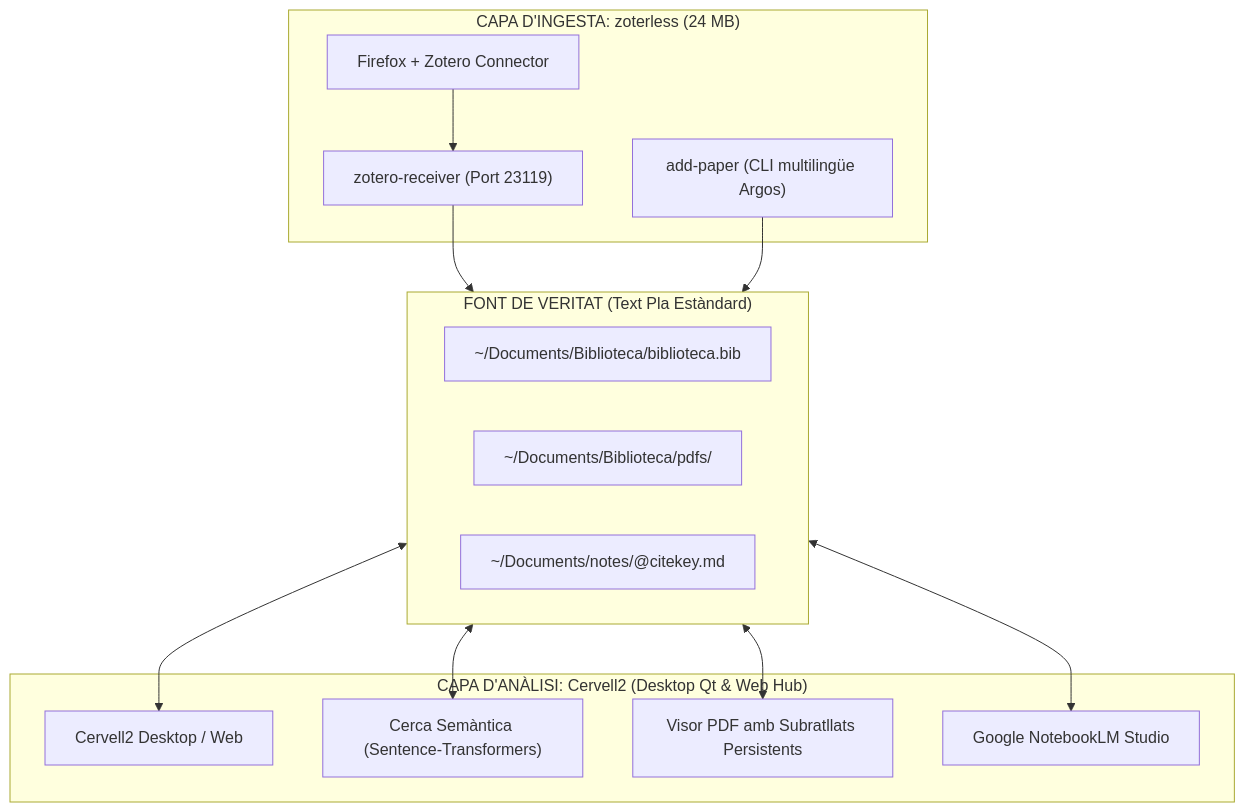
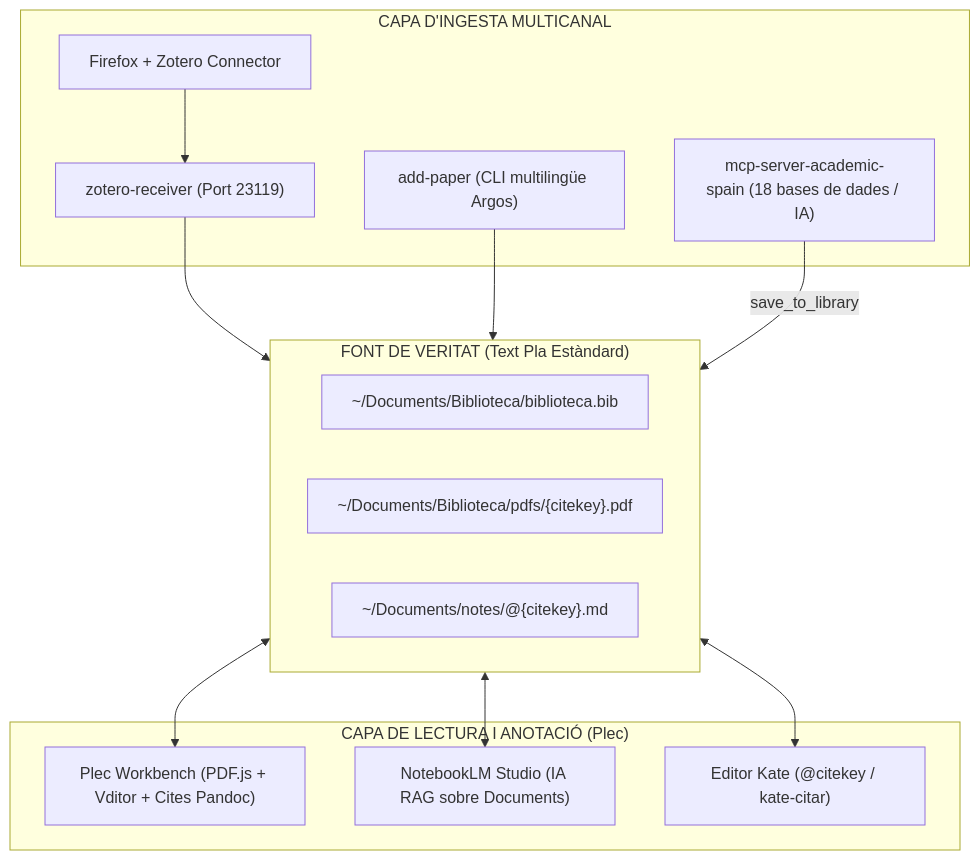
One commit to CasimirVictoria/zoterless changed the second of 2 diagrams in README.md. Above: the diagram before and after it, drawn with Mermaid. The commit also changed other lines of this file and 3 other files, not shown here.

````diff
--- a/README.md
+++ b/README.md
@@ -206,28 +229,28 @@
 ```mermaid
 flowchart TD
-    subgraph Ingesta ["CAPA D'INGESTA: zoterless (24 MB)"]
+    subgraph Ingesta ["CAPA D'INGESTA MULTICANAL"]
         Firefox["Firefox + Zotero Connector"] --> Receiver["zotero-receiver (Port 23119)"]
         CLI["add-paper (CLI multilingüe Argos)"]
+        MCP["mcp-server-academic-spain (18 bases de dades / IA)"]
     end
 
     subgraph Truth ["FONT DE VERITAT (Text Pla Estàndard)"]
         Bib["~/Documents/Biblioteca/biblioteca.bib"]
-        PDFs["~/Documents/Biblioteca/pdfs/"]
-        Notes["~/Documents/notes/@citekey.md"]
+        PDFs["~/Documents/Biblioteca/pdfs/{citekey}.pdf"]
+        Notes["~/Documents/notes/@{citekey}.md"]
     end
 
-    subgraph PKM ["CAPA D'ANÀLISI: Cervell2 (Desktop Qt & Web Hub)"]
-        GUI["Cervell2 Desktop / Web"]
-        Rerank["Cerca Semàntica (Sentence-Transformers)"]
-        Viewer["Visor PDF amb Subratllats Persistents"]
-        NLM["Google NotebookLM Studio"]
+    subgraph PKM ["CAPA DE LECTURA I ANOTACIÓ (Plec)"]
+        PlecWeb["Plec Workbench (PDF.js + Vditor + Cites Pandoc)"]
+        NotebookLM["NotebookLM Studio (IA RAG sobre Documents)"]
+        Kate["Editor Kate (@citekey / kate-citar)"]
     end
 
     Receiver --> Truth
     CLI --> Truth
+    MCP -->|save_to_library| Truth
 
-    Truth <--> GUI
-    Truth <--> Rerank
-    Truth <--> Viewer
-    Truth <--> NLM
+    Truth <--> PlecWeb
+    Truth <--> NotebookLM
+    Truth <--> Kate
 ```
````
